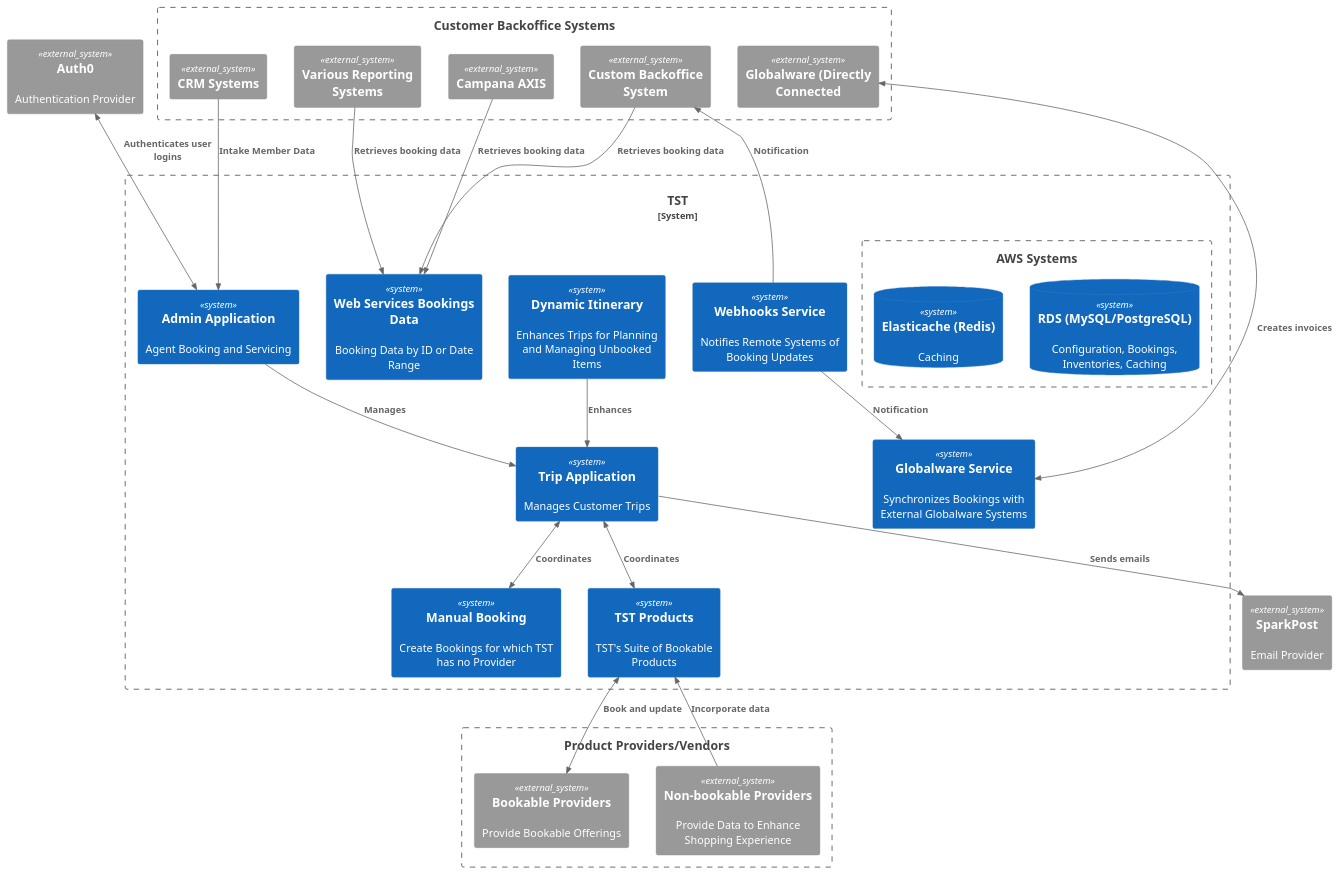
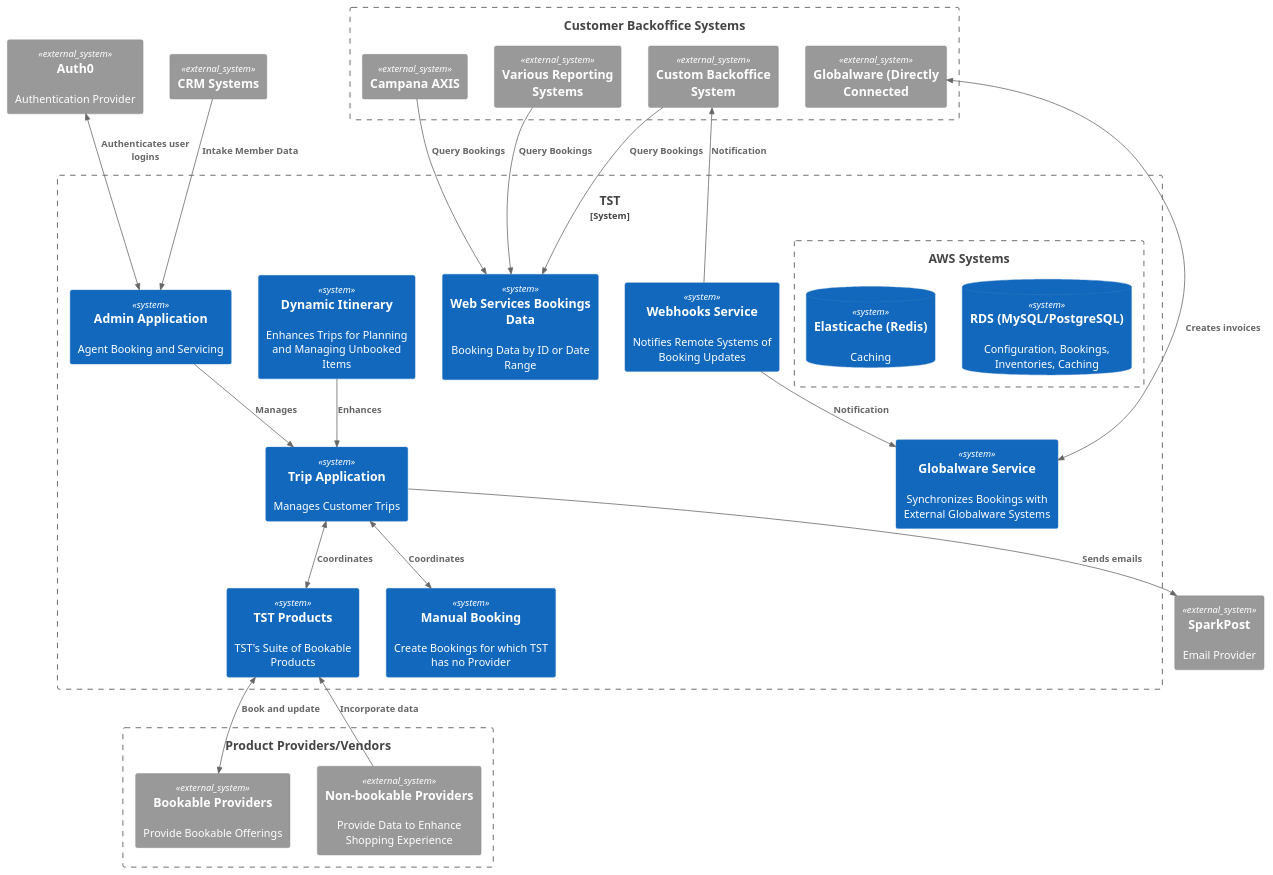
One commit to Travel-Syndication-Technology/Travel-Syndication-Technology.github.io changed the diagram in Writerside/topics/TST-Architecture-2.md. Above: the diagram before and after it, drawn with PlantUML. The commit also changed 3 other files, not shown here.

````diff
--- a/Writerside/topics/TST-Architecture-2.md
+++ b/Writerside/topics/TST-Architecture-2.md
@@ -3,64 +3,64 @@
 ```plantuml
 @startuml TST_Architecture
 !include https://raw.githubusercontent.com/plantuml-stdlib/C4-PlantUML/master/C4_Container.puml
 
 LAYOUT_TOP_DOWN()
 
 ' Person(TravelAgent, "Travel Agent")
 ' Person(Consumer, "Consumer")
 
 System_Ext(Auth0, "Auth0", "Authentication Provider")
 System_Ext(SparkPost, "SparkPost", "Email Provider")
+System_Ext(CRM, "CRM Systems")
 
 Boundary(CustomerBackoffice, "Customer Backoffice Systems") {
     System_Ext(Campana, "Campana AXIS")
     System_Ext(Reporting, "Various Reporting Systems")
     System_Ext(CustomBackoffice, "Custom Backoffice System")
     System_Ext(GlobalwareDirect, "Globalware (Directly Connected")
-    System_Ext(CRM, "CRM Systems")
     }
 
 System_Boundary(TST, "TST") {
     System(WebServicesBookings, "Web Services Bookings Data", "Booking Data by ID or Date Range")
     System(GlobalwareService, "Globalware Service", "Synchronizes Bookings with External Globalware Systems")
     System(WebhookService, "Webhooks Service", "Notifies Remote Systems of Booking Updates")
     System(Trip, "Trip Application", "Manages Customer Trips")
     System(DynamicItinerary, "Dynamic Itinerary", "Enhances Trips for Planning and Managing Unbooked Items")
     System(Admin, "Admin Application", "Agent Booking and Servicing")
     System(TSTProducts, "TST Products", "TST's Suite of Bookable Products")
     System(ManualBooking, "Manual Booking", "Create Bookings for which TST has no Provider")
     Boundary(AWS, "AWS Systems", "") {
         SystemDb(TSTMySQL, "RDS (MySQL/PostgreSQL)", "Configuration, Bookings, Inventories, Caching")
         SystemDb(TSTRedis, "Elasticache (Redis)", "Caching")
         }
     }
     
     
 Boundary(Providers, "Product Providers/Vendors", "") {
     System_Ext(BookableProviders, "Bookable Providers", "Provide Bookable Offerings")
     System_Ext(NonBookableProviders, "Non-bookable Providers", "Provide Data to Enhance Shopping Experience")
     }
 
 BiRel(Auth0, Admin, "Authenticates user logins")
 ' Rel(TravelAgent, Admin, "Login/Manage/Book")
 ' Rel(Consumer, Trip, "Books")
 Rel(CRM, Admin, "Intake Member Data")
 
 Rel(WebhookService, CustomBackoffice, "Notification")
 Rel(WebhookService, GlobalwareService, "Notification")
-Rel(CustomBackoffice, WebServicesBookings, "Retrieves booking data")
-Rel(Campana, WebServicesBookings, "Retrieves booking data")
-Rel(Reporting, WebServicesBookings, "Retrieves booking data")
+Rel(CustomBackoffice, WebServicesBookings, "Query Bookings")
+Rel(Campana, WebServicesBookings, "Query Bookings")
+Rel(Reporting, WebServicesBookings, "Query Bookings")
 BiRel(GlobalwareService, GlobalwareDirect, "Creates invoices")
 
 BiRel(Trip, TSTProducts, "Coordinates")
 BiRel(Trip, ManualBooking, "Coordinates")
 Rel(DynamicItinerary, Trip, "Enhances")
 Rel(Admin, Trip, "Manages")
 Rel(Trip, SparkPost, "Sends emails")
 
 BiRel(TSTProducts, BookableProviders, "Book and update")
 Rel(NonBookableProviders, TSTProducts, "Incorporate data")
 
 @enduml
 ```
````
